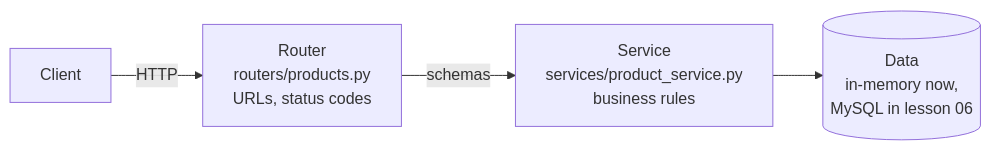
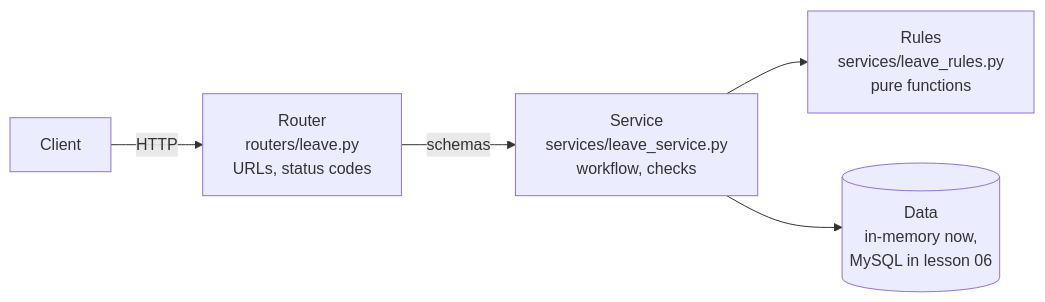
Before and after one commit to kyedumati/KASI-FULLSTACK-MATERIAL: the diagram in docs/python/fastapi/05-routers-and-project-structure.md, drawn with Mermaid. The commit also changed other lines of this file and 17 other files, not shown here.

````diff
--- a/docs/python/fastapi/05-routers-and-project-structure.md
+++ b/docs/python/fastapi/05-routers-and-project-structure.md
@@ -31,6 +31,7 @@
 ```mermaid
 flowchart LR
-  C["Client"] -->|"HTTP"| R["Router<br/>routers/products.py<br/>URLs, status codes"]
-  R -->|"schemas"| S["Service<br/>services/product_service.py<br/>business rules"]
+  C["Client"] -->|"HTTP"| R["Router<br/>routers/leave.py<br/>URLs, status codes"]
+  R -->|"schemas"| S["Service<br/>services/leave_service.py<br/>workflow, checks"]
+  S --> P["Rules<br/>services/leave_rules.py<br/>pure functions"]
   S --> D[("Data<br/>in-memory now,<br/>MySQL in lesson 06")]
 ```
````
